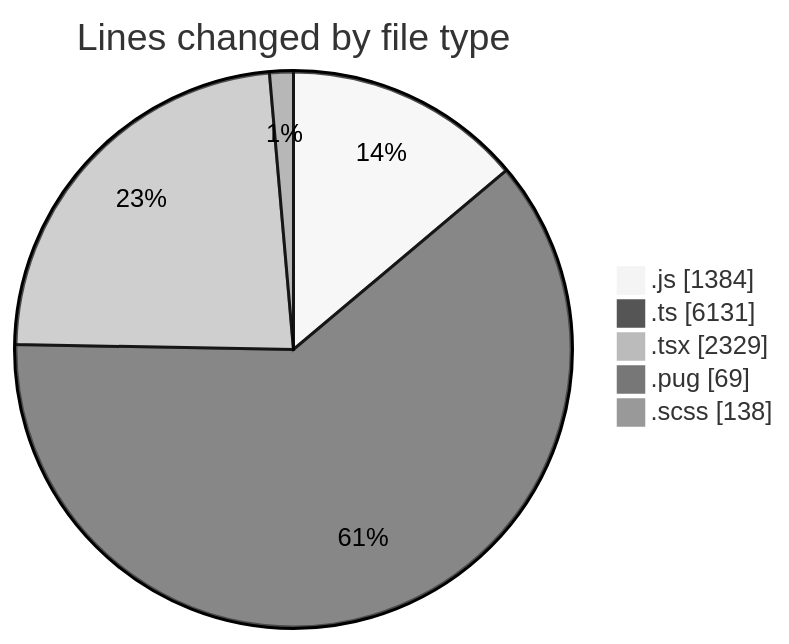
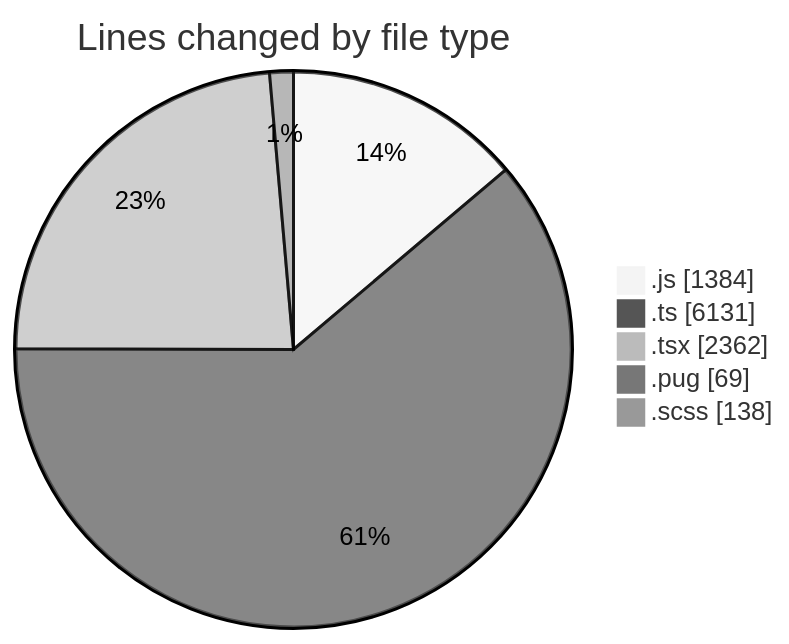
The first of 2 diagrams in 2025-03-25/cda/README.md (momahboobian/code-tracking), drawn with Mermaid (neutral theme) before and after one commit. The commit also changed other lines of this file and 1 other file, not shown here.

````diff
--- a/2025-03-25/cda/README.md
+++ b/2025-03-25/cda/README.md
@@ -39,9 +39,9 @@
 ```mermaid
 pie showData
 title Lines changed by file type
 ".js" : 1384
 ".ts" : 6131
-".tsx" : 2329
+".tsx" : 2362
 ".pug" : 69
 ".scss" : 138
 ```
````
